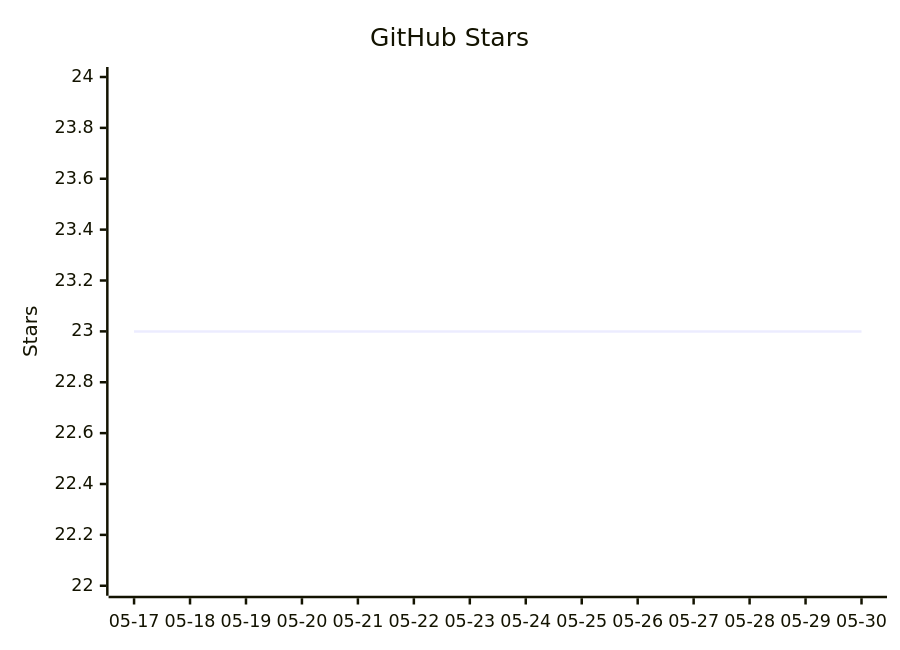
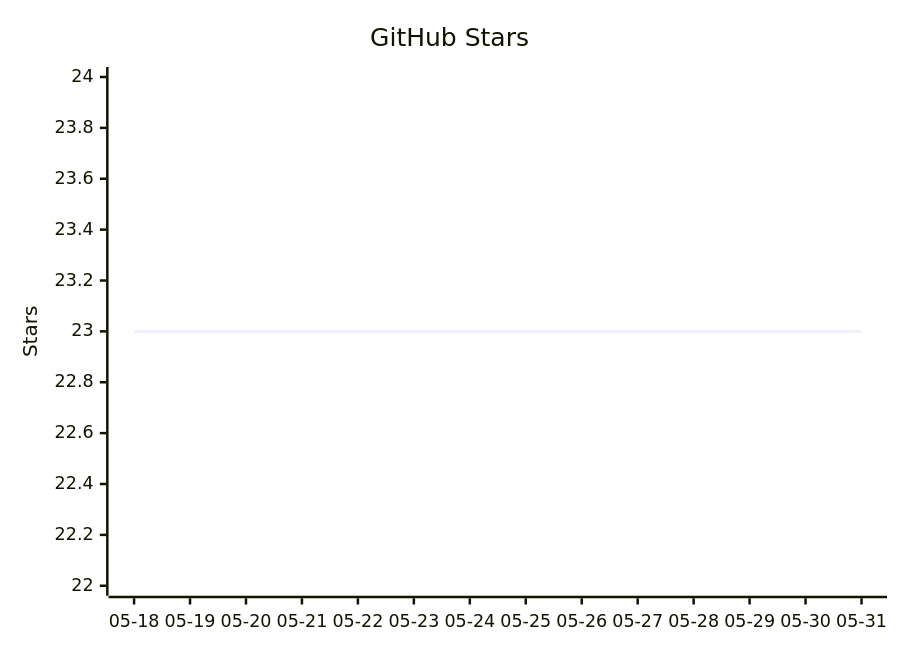
Before and after one commit to vectie/moonclaw: the diagram in README.mbt.md, drawn with Mermaid. The commit also changed other lines of this file and 1 other file, not shown here.

Commit message:
Update README star growth

````diff
--- a/README.mbt.md
+++ b/README.mbt.md
@@ -490,7 +490,7 @@
 ```mermaid
 xychart-beta
     title "GitHub Stars"
-    x-axis ["05-17","05-18","05-19","05-20","05-21","05-22","05-23","05-24","05-25","05-26","05-27","05-28","05-29","05-30"]
+    x-axis ["05-18","05-19","05-20","05-21","05-22","05-23","05-24","05-25","05-26","05-27","05-28","05-29","05-30","05-31"]
     y-axis "Stars" 22 --> 24
     line [23,23,23,23,23,23,23,23,23,23,23,23,23,23]
 ```
````
